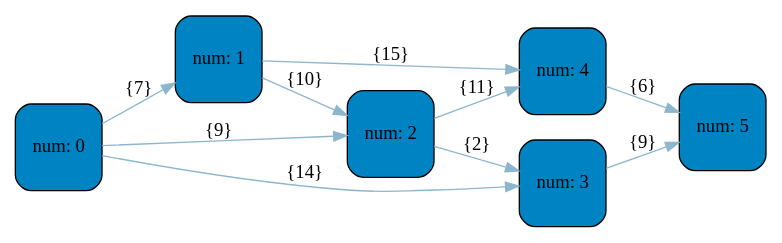
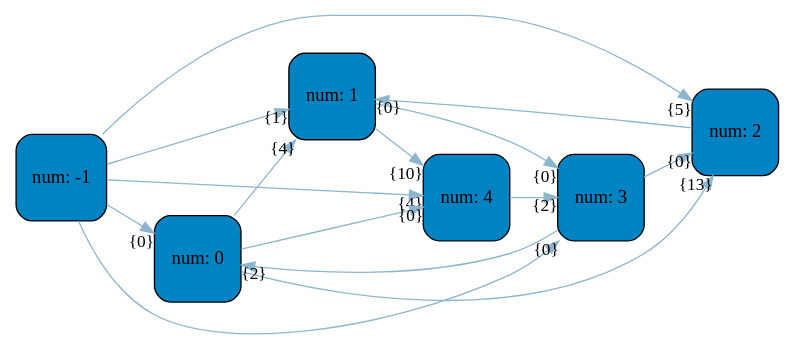
The diagram in jhonson/graphviz_lib/graph_dump.dot (MaxGroshev/graph_algorithm), drawn with Graphviz before and after one commit. The commit also changed 49 other files, not shown here.

```diff
--- a/jhonson/graphviz_lib/graph_dump.dot
+++ b/jhonson/graphviz_lib/graph_dump.dot
@@ -1,21 +1,26 @@
 digraph   
 {
 rankdir = "LR"
 splines = "true"
 
-node0x6030000030a0 [shape      = "Mrecord", width = 0.9, height = 0.9,  fillcolor   = "#0083C3", style = "filled", fontcolor= " black", fontname = "Calibri", color = "black", label = "{num: 0}"]
-node0x6030000030a0 -> node0x6030000030a4 [color = "#8DB6CD", style = "", constraint = true, fillcolor = "#8DB6CD",   fontcolor = "", fontname = "Calibri", label = "{7}"]
-node0x6030000030a0 -> node0x6030000030a8 [color = "#8DB6CD", style = "", constraint = true, fillcolor = "#8DB6CD",   fontcolor = "", fontname = "Calibri", label = "{9}"]
-node0x6030000030a0 -> node0x6030000030ac [color = "#8DB6CD", style = "", constraint = true, fillcolor = "#8DB6CD",   fontcolor = "", fontname = "Calibri", label = "{14}"]
-node0x6030000030a4 [shape      = "Mrecord", width = 0.9, height = 0.9,  fillcolor   = "#0083C3", style = "filled", fontcolor= " black", fontname = "Calibri", color = "black", label = "{num: 1}"]
-node0x6030000030a4 -> node0x6030000030a8 [color = "#8DB6CD", style = "", constraint = true, fillcolor = "#8DB6CD",   fontcolor = "", fontname = "Calibri", label = "{10}"]
-node0x6030000030a4 -> node0x6030000030b0 [color = "#8DB6CD", style = "", constraint = true, fillcolor = "#8DB6CD",   fontcolor = "", fontname = "Calibri", label = "{15}"]
-node0x6030000030a8 [shape      = "Mrecord", width = 0.9, height = 0.9,  fillcolor   = "#0083C3", style = "filled", fontcolor= " black", fontname = "Calibri", color = "black", label = "{num: 2}"]
-node0x6030000030a8 -> node0x6030000030ac [color = "#8DB6CD", style = "", constraint = true, fillcolor = "#8DB6CD",   fontcolor = "", fontname = "Calibri", label = "{2}"]
-node0x6030000030a8 -> node0x6030000030b0 [color = "#8DB6CD", style = "", constraint = true, fillcolor = "#8DB6CD",   fontcolor = "", fontname = "Calibri", label = "{11}"]
-node0x6030000030ac [shape      = "Mrecord", width = 0.9, height = 0.9,  fillcolor   = "#0083C3", style = "filled", fontcolor= " black", fontname = "Calibri", color = "black", label = "{num: 3}"]
-node0x6030000030ac -> node0x6030000030b4 [color = "#8DB6CD", style = "", constraint = true, fillcolor = "#8DB6CD",   fontcolor = "", fontname = "Calibri", label = "{9}"]
-node0x6030000030b0 [shape      = "Mrecord", width = 0.9, height = 0.9,  fillcolor   = "#0083C3", style = "filled", fontcolor= " black", fontname = "Calibri", color = "black", label = "{num: 4}"]
-node0x6030000030b0 -> node0x6030000030b4 [color = "#8DB6CD", style = "", constraint = true, fillcolor = "#8DB6CD",   fontcolor = "", fontname = "Calibri", label = "{6}"]
-node0x6030000030b4 [shape      = "Mrecord", width = 0.9, height = 0.9,  fillcolor   = "#0083C3", style = "filled", fontcolor= " black", fontname = "Calibri", color = "black", label = "{num: 5}"]
+node0x604000000e90 [shape      = "Mrecord", width = 0.9, height = 0.9,  fillcolor   = "#0083C3", style = "filled", fontcolor= " black", fontname = "Calibri", color = "black", label = "{num: -1}"]
+node0x604000000e90 -> node0x604000000e94 [color = "#8DB6CD", style = "", constraint = true, fillcolor = "#8DB6CD",   fontcolor = "", fontname = "Calibri", fontsize = "13", headlabel = "{0}"]
+node0x604000000e90 -> node0x604000000e98 [color = "#8DB6CD", style = "", constraint = true, fillcolor = "#8DB6CD",   fontcolor = "", fontname = "Calibri", fontsize = "13", headlabel = "{1}"]
+node0x604000000e90 -> node0x604000000e9c [color = "#8DB6CD", style = "", constraint = true, fillcolor = "#8DB6CD",   fontcolor = "", fontname = "Calibri", fontsize = "13", headlabel = "{5}"]
+node0x604000000e90 -> node0x604000000ea0 [color = "#8DB6CD", style = "", constraint = true, fillcolor = "#8DB6CD",   fontcolor = "", fontname = "Calibri", fontsize = "13", headlabel = "{0}"]
+node0x604000000e90 -> node0x604000000ea4 [color = "#8DB6CD", style = "", constraint = true, fillcolor = "#8DB6CD",   fontcolor = "", fontname = "Calibri", fontsize = "13", headlabel = "{4}"]
+node0x604000000e94 [shape      = "Mrecord", width = 0.9, height = 0.9,  fillcolor   = "#0083C3", style = "filled", fontcolor= " black", fontname = "Calibri", color = "black", label = "{num: 0}"]
+node0x604000000e94 -> node0x604000000e98 [color = "#8DB6CD", style = "", constraint = true, fillcolor = "#8DB6CD",   fontcolor = "", fontname = "Calibri", fontsize = "13", headlabel = "{4}"]
+node0x604000000e94 -> node0x604000000e9c [color = "#8DB6CD", style = "", constraint = true, fillcolor = "#8DB6CD",   fontcolor = "", fontname = "Calibri", fontsize = "13", headlabel = "{13}"]
+node0x604000000e94 -> node0x604000000ea4 [color = "#8DB6CD", style = "", constraint = true, fillcolor = "#8DB6CD",   fontcolor = "", fontname = "Calibri", fontsize = "13", headlabel = "{0}"]
+node0x604000000e98 [shape      = "Mrecord", width = 0.9, height = 0.9,  fillcolor   = "#0083C3", style = "filled", fontcolor= " black", fontname = "Calibri", color = "black", label = "{num: 1}"]
+node0x604000000e98 -> node0x604000000ea0 [color = "#8DB6CD", style = "", constraint = true, fillcolor = "#8DB6CD",   fontcolor = "", fontname = "Calibri", fontsize = "13", headlabel = "{0}"]
+node0x604000000e98 -> node0x604000000ea4 [color = "#8DB6CD", style = "", constraint = true, fillcolor = "#8DB6CD",   fontcolor = "", fontname = "Calibri", fontsize = "13", headlabel = "{10}"]
+node0x604000000e9c [shape      = "Mrecord", width = 0.9, height = 0.9,  fillcolor   = "#0083C3", style = "filled", fontcolor= " black", fontname = "Calibri", color = "black", label = "{num: 2}"]
+node0x604000000e9c -> node0x604000000e98 [color = "#8DB6CD", style = "", constraint = true, fillcolor = "#8DB6CD",   fontcolor = "", fontname = "Calibri", fontsize = "13", headlabel = "{0}"]
+node0x604000000ea0 [shape      = "Mrecord", width = 0.9, height = 0.9,  fillcolor   = "#0083C3", style = "filled", fontcolor= " black", fontname = "Calibri", color = "black", label = "{num: 3}"]
+node0x604000000ea0 -> node0x604000000e94 [color = "#8DB6CD", style = "", constraint = true, fillcolor = "#8DB6CD",   fontcolor = "", fontname = "Calibri", fontsize = "13", headlabel = "{2}"]
+node0x604000000ea0 -> node0x604000000e9c [color = "#8DB6CD", style = "", constraint = true, fillcolor = "#8DB6CD",   fontcolor = "", fontname = "Calibri", fontsize = "13", headlabel = "{0}"]
+node0x604000000ea4 [shape      = "Mrecord", width = 0.9, height = 0.9,  fillcolor   = "#0083C3", style = "filled", fontcolor= " black", fontname = "Calibri", color = "black", label = "{num: 4}"]
+node0x604000000ea4 -> node0x604000000ea0 [color = "#8DB6CD", style = "", constraint = true, fillcolor = "#8DB6CD",   fontcolor = "", fontname = "Calibri", fontsize = "13", headlabel = "{2}"]
 }
```
